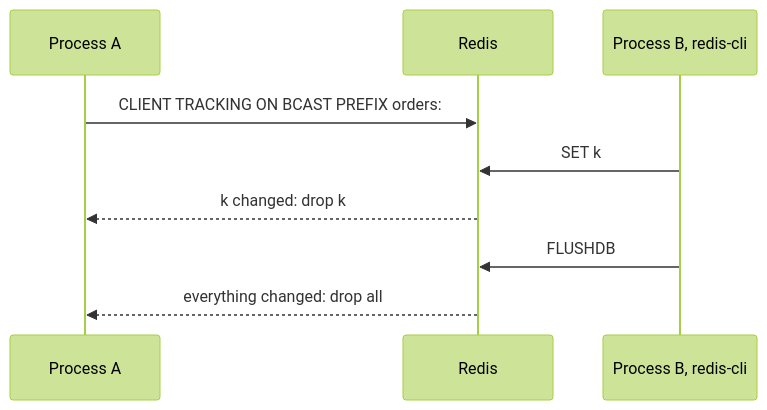
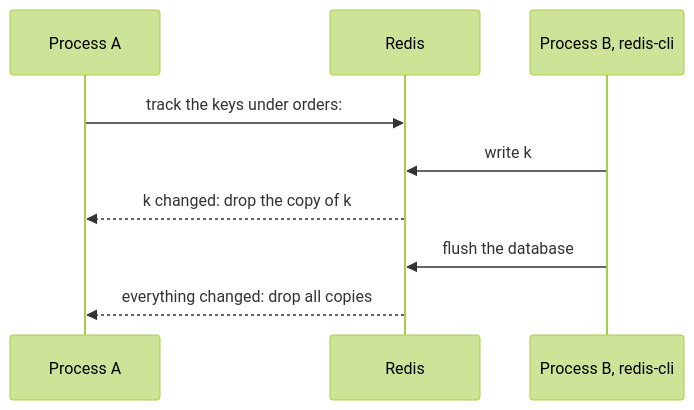
Before and after one commit to eugeneliukindev/gashe: the third of 3 diagrams in docs/en/concepts/backends.md, drawn with Mermaid (forest theme). The commit also changed other lines of this file and 195 other files, not shown here.

````diff
--- a/docs/en/concepts/backends.md
+++ b/docs/en/concepts/backends.md
@@ -197,11 +218,11 @@
 ```mermaid
 sequenceDiagram
     participant A as Process A
     participant R as Redis
     participant X as Process B, redis-cli
-    A->>R: CLIENT TRACKING ON BCAST PREFIX orders:
-    X->>R: SET k
-    R-->>A: k changed: drop k
-    X->>R: FLUSHDB
-    R-->>A: everything changed: drop all
+    A->>R: track the keys under orders:
+    X->>R: write k
+    R-->>A: k changed: drop the copy of k
+    X->>R: flush the database
+    R-->>A: everything changed: drop all copies
 ```
````
